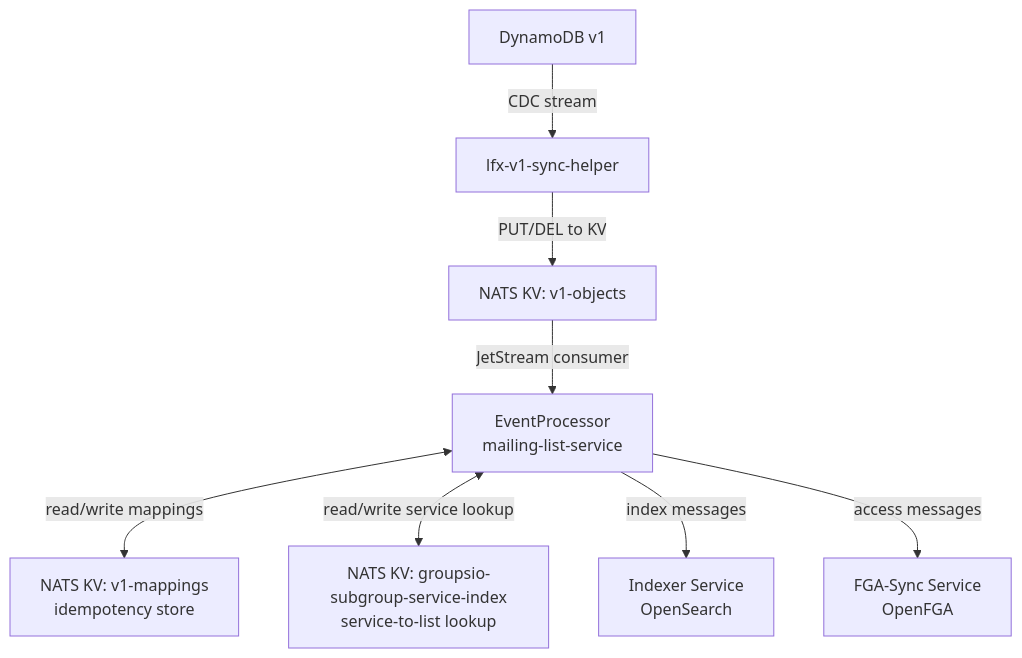
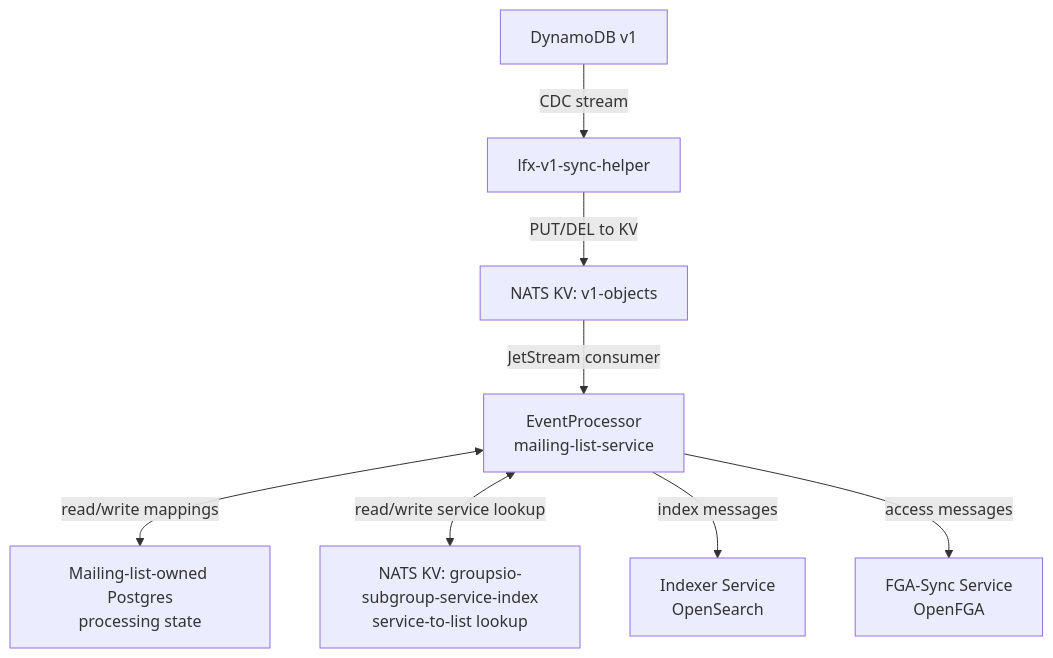
Before and after one commit to linuxfoundation/lfx-v2-mailing-list-service: the first of 5 diagrams in docs/event-processing.md, drawn with Mermaid. The commit also changed other lines of this file and 30 other files, not shown here.

First line of the commit message:
feat(eventing): move mailing-list processing state to Postgres

````diff
--- a/docs/event-processing.md
+++ b/docs/event-processing.md
@@ -15,19 +19,19 @@
 ```mermaid
 graph TD
     DDB[DynamoDB v1]
     SH[lfx-v1-sync-helper]
     KV1[NATS KV: v1-objects]
     EP[EventProcessor<br/>mailing-list-service]
-    KV2[NATS KV: v1-mappings<br/>idempotency store]
+    KV2[Mailing-list-owned Postgres<br/>processing state]
     KVI[NATS KV: groupsio-subgroup-service-index<br/>service-to-list lookup]
     IDX[Indexer Service<br/>OpenSearch]
     FGA[FGA-Sync Service<br/>OpenFGA]
 
     DDB -->|CDC stream| SH
     SH -->|PUT/DEL to KV| KV1
     KV1 -->|JetStream consumer| EP
     EP <-->|read/write mappings| KV2
     EP <-->|read/write service lookup| KVI
     EP -->|index messages| IDX
     EP -->|access messages| FGA
 ```
````
